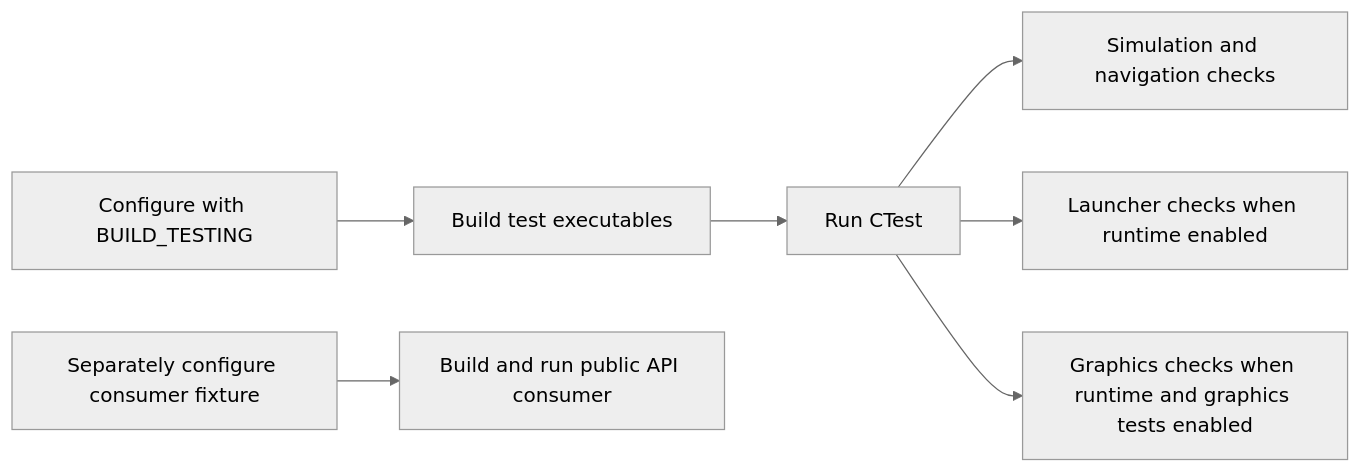
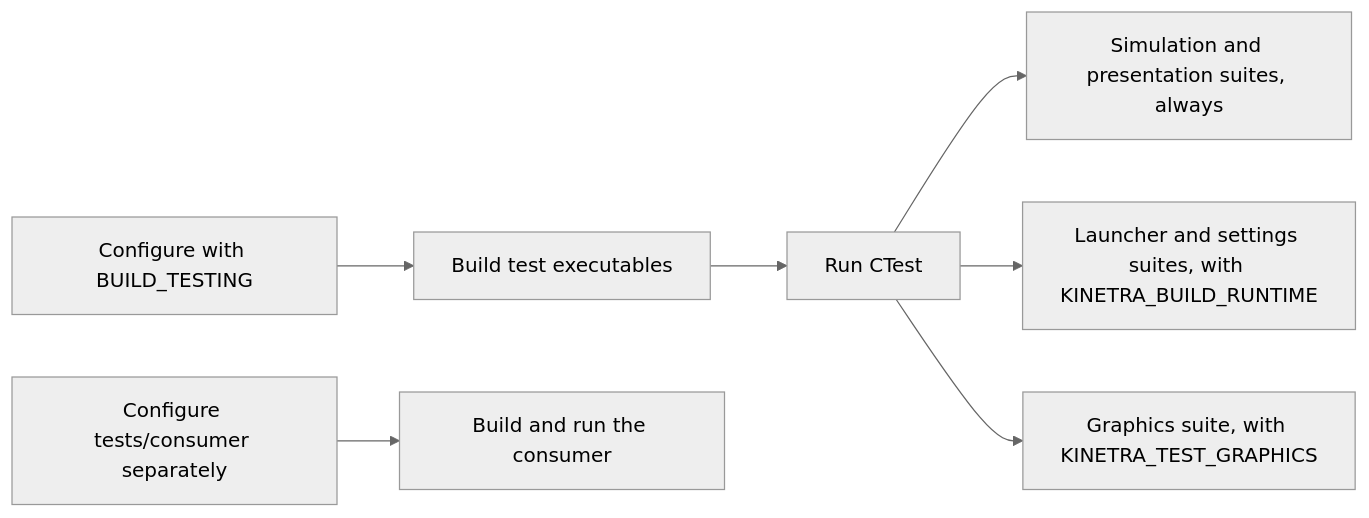
The diagram in tests/README.md (SMB-M87/Kinetra), drawn with Mermaid (neutral theme) before and after one commit. The commit also changed other lines of this file and 14 other files, not shown here.

````diff
--- a/tests/README.md
+++ b/tests/README.md
@@ -34,9 +37,9 @@
 ```mermaid
 flowchart LR
     Configure[Configure with BUILD_TESTING] --> Build[Build test executables]
     Build --> CTest[Run CTest]
-    CTest --> Simulation[Simulation and navigation checks]
-    CTest --> Launcher[Launcher checks when runtime enabled]
-    CTest --> Graphics[Graphics checks when runtime and graphics tests enabled]
-    Consumer[Separately configure consumer fixture] --> Public[Build and run public API consumer]
+    CTest --> Simulation[Simulation and presentation suites, always]
+    CTest --> Launcher[Launcher and settings suites, with KINETRA_BUILD_RUNTIME]
+    CTest --> Graphics[Graphics suite, with KINETRA_TEST_GRAPHICS]
+    Consumer[Configure tests/consumer separately] --> Public[Build and run the consumer]
 ```
````
